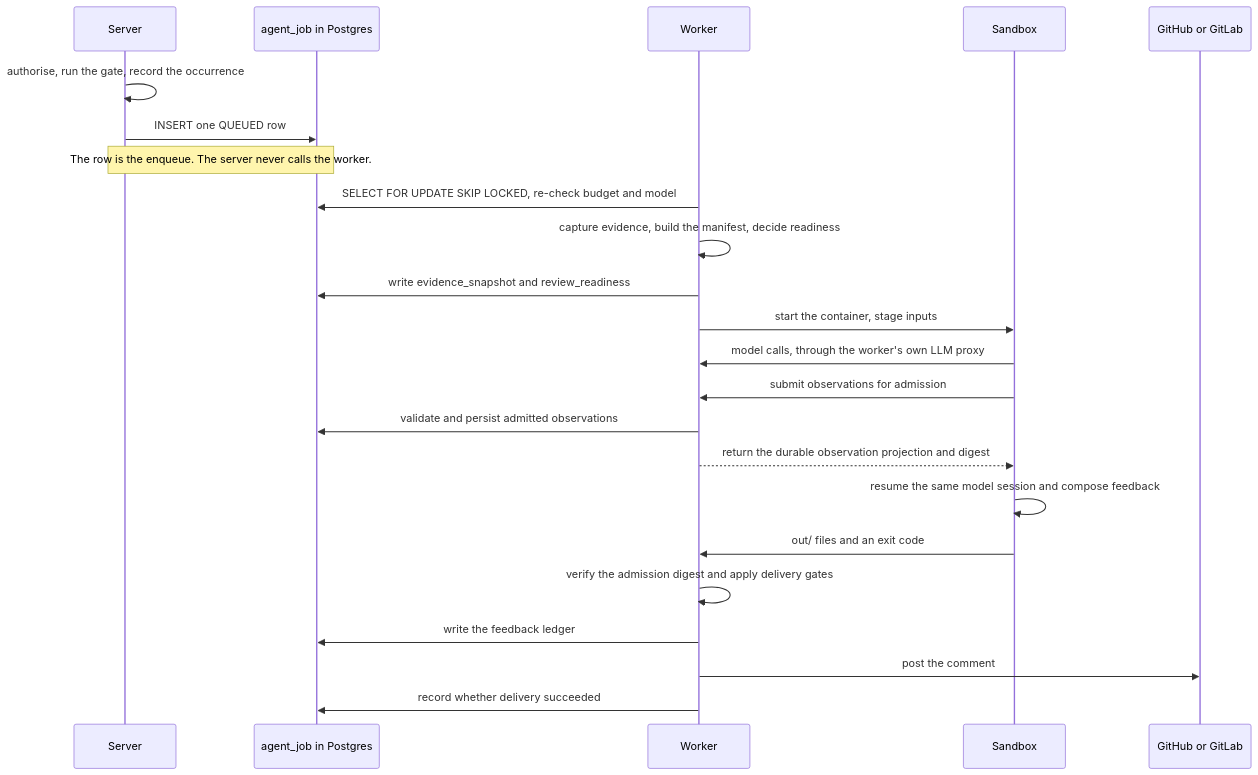
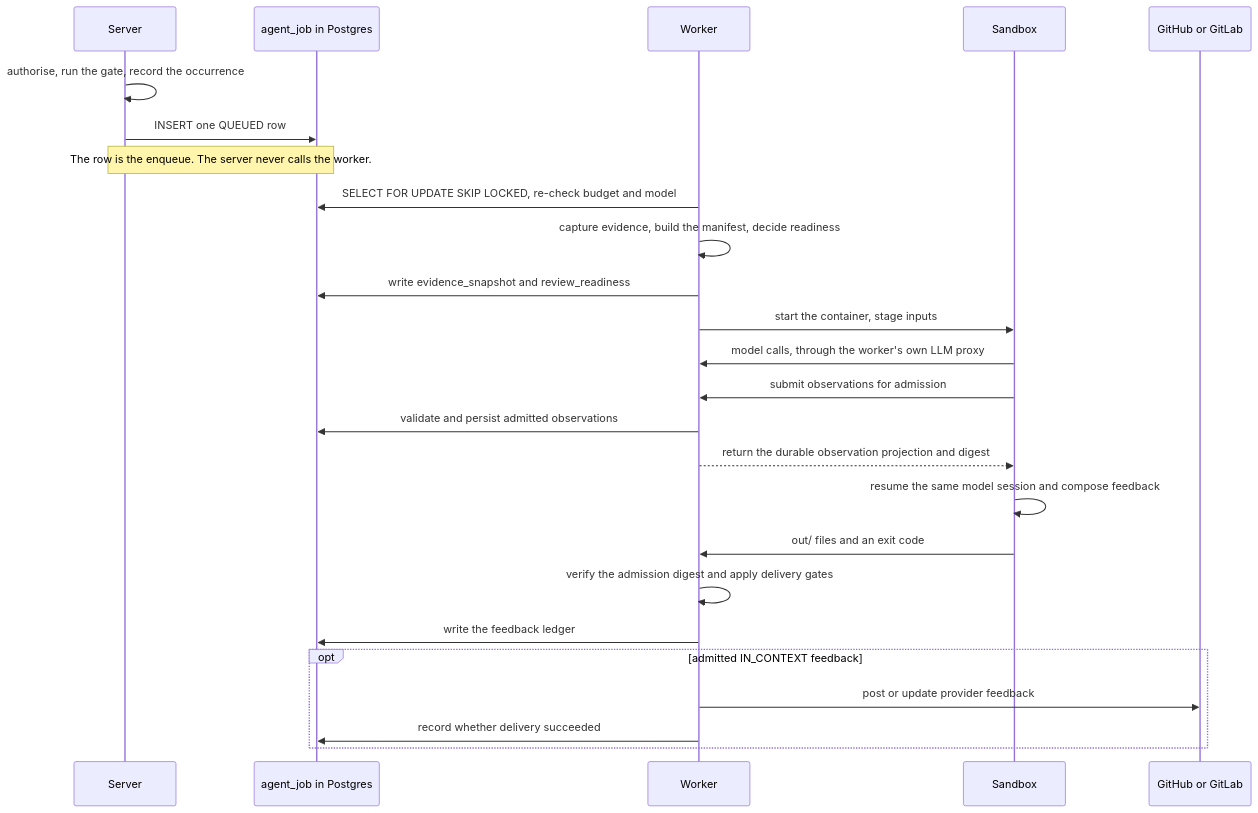
One commit to ls1intum/Hephaestus changed the fourth of 4 diagrams in docs/contributor/practice-review-pipeline.mdx. Above: the diagram before and after it, drawn with Mermaid. The commit also changed other lines of this file and 4 other files, not shown here.

````diff
--- a/docs/contributor/practice-review-pipeline.mdx
+++ b/docs/contributor/practice-review-pipeline.mdx
@@ -496,25 +362,27 @@
 ```mermaid
 sequenceDiagram
     participant S as Server
     participant DB as agent_job in Postgres
     participant W as Worker
     participant SB as Sandbox
     participant SCM as GitHub or GitLab
     S->>S: authorise, run the gate, record the occurrence
     S->>DB: INSERT one QUEUED row
     Note over S,DB: The row is the enqueue. The server never calls the worker.
     W->>DB: SELECT FOR UPDATE SKIP LOCKED, re-check budget and model
     W->>W: capture evidence, build the manifest, decide readiness
     W->>DB: write evidence_snapshot and review_readiness
     W->>SB: start the container, stage inputs
     SB->>W: model calls, through the worker's own LLM proxy
     SB->>W: submit observations for admission
     W->>DB: validate and persist admitted observations
     W-->>SB: return the durable observation projection and digest
     SB->>SB: resume the same model session and compose feedback
     SB->>W: out/ files and an exit code
     W->>W: verify the admission digest and apply delivery gates
     W->>DB: write the feedback ledger
-    W->>SCM: post the comment
-    W->>DB: record whether delivery succeeded
+    opt admitted IN_CONTEXT feedback
+        W->>SCM: post or update provider feedback
+        W->>DB: record whether delivery succeeded
+    end
 ```
````
